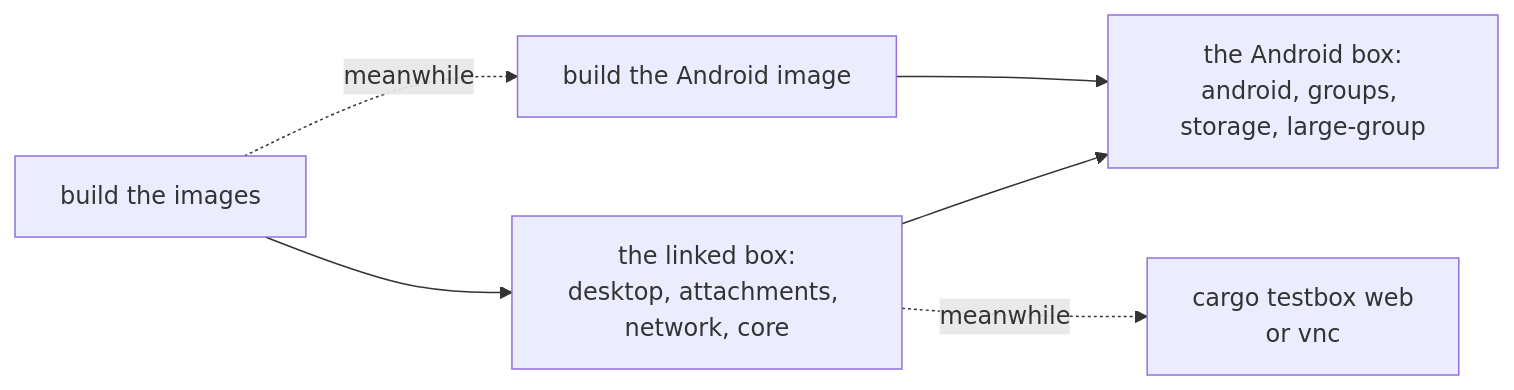
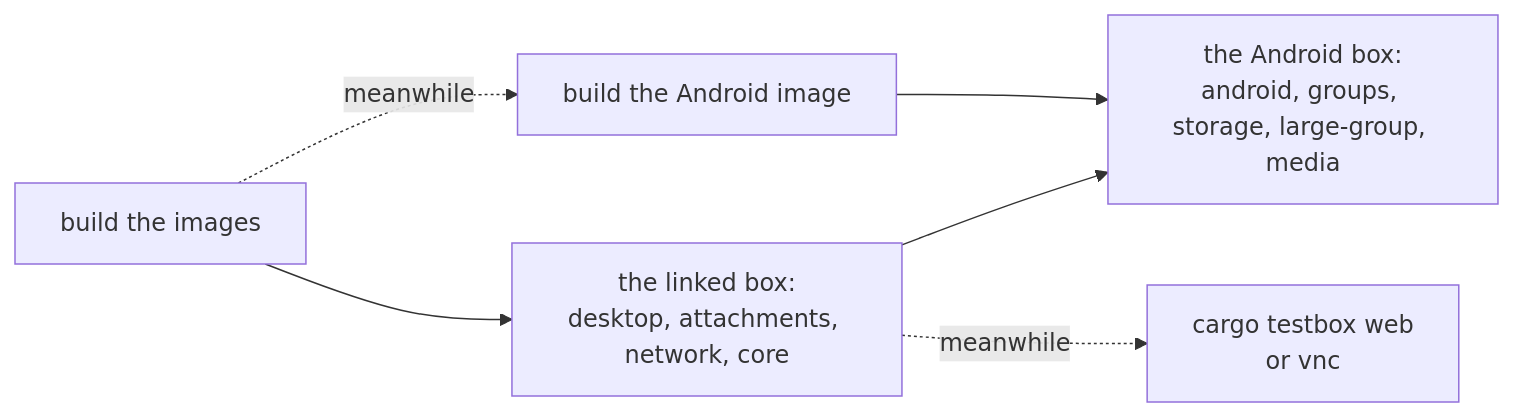
The third of 3 diagrams in testbox/README.md (barafael/beep), drawn with Mermaid before and after one commit. The commit also changed other lines of this file and 10 other files, not shown here.

````diff
--- a/testbox/README.md
+++ b/testbox/README.md
@@ -100,8 +100,8 @@
 ```mermaid
 flowchart LR
     build["build the images"] --> linked["the linked box:<br/>desktop, attachments, network, core"]
     build -. "meanwhile" .-> image["build the Android image"]
-    linked --> android["the Android box:<br/>android, groups, storage, large-group"]
+    linked --> android["the Android box:<br/>android, groups, storage, large-group, media"]
     image --> android
     linked -. "meanwhile" .-> watch["cargo testbox web<br/>or vnc"]
 ```
````
